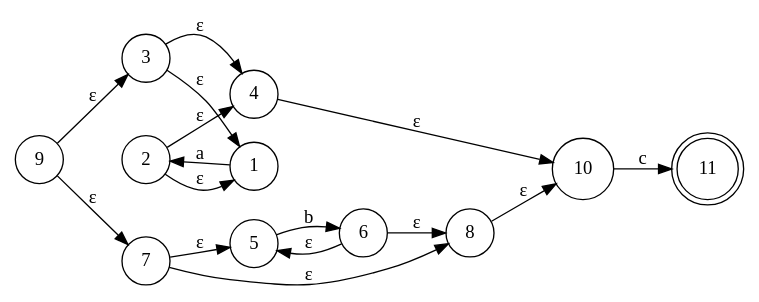
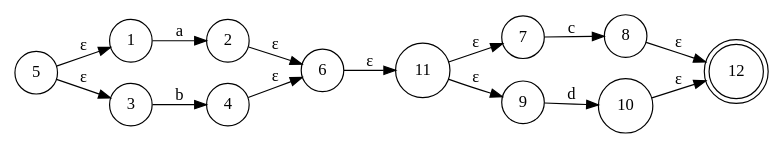
The diagram in fsm.gv (gusta257/Compis1), drawn with Graphviz before and after one commit. The commit also changed 4 other files, not shown here.

```diff
--- a/fsm.gv
+++ b/fsm.gv
@@ -1,31 +1,30 @@
 digraph finite_state_machine {
 	rankdir=LR size="8,5"
 	node [shape=doublecircle]
-	11
+	12
 	node [shape=circle]
 	1 -> 2 [label=a]
 	node [shape=circle]
-	2 -> 4 [label="ε"]
-	2 -> 1 [label="ε"]
+	2 -> 6 [label="ε"]
 	node [shape=circle]
-	3 -> 1 [label="ε"]
-	3 -> 4 [label="ε"]
+	3 -> 4 [label=b]
 	node [shape=circle]
-	4 -> 10 [label="ε"]
+	4 -> 6 [label="ε"]
 	node [shape=circle]
-	5 -> 6 [label=b]
+	5 -> 1 [label="ε"]
+	5 -> 3 [label="ε"]
 	node [shape=circle]
-	6 -> 8 [label="ε"]
-	6 -> 5 [label="ε"]
+	6 -> 11 [label="ε"]
 	node [shape=circle]
-	7 -> 5 [label="ε"]
-	7 -> 8 [label="ε"]
+	7 -> 8 [label=c]
 	node [shape=circle]
-	8 -> 10 [label="ε"]
+	8 -> 12 [label="ε"]
 	node [shape=circle]
-	9 -> 3 [label="ε"]
-	9 -> 7 [label="ε"]
+	9 -> 10 [label=d]
 	node [shape=circle]
-	10 -> 11 [label=c]
+	10 -> 12 [label="ε"]
+	node [shape=circle]
+	11 -> 7 [label="ε"]
+	11 -> 9 [label="ε"]
 	node [shape=circle]
 }
```
